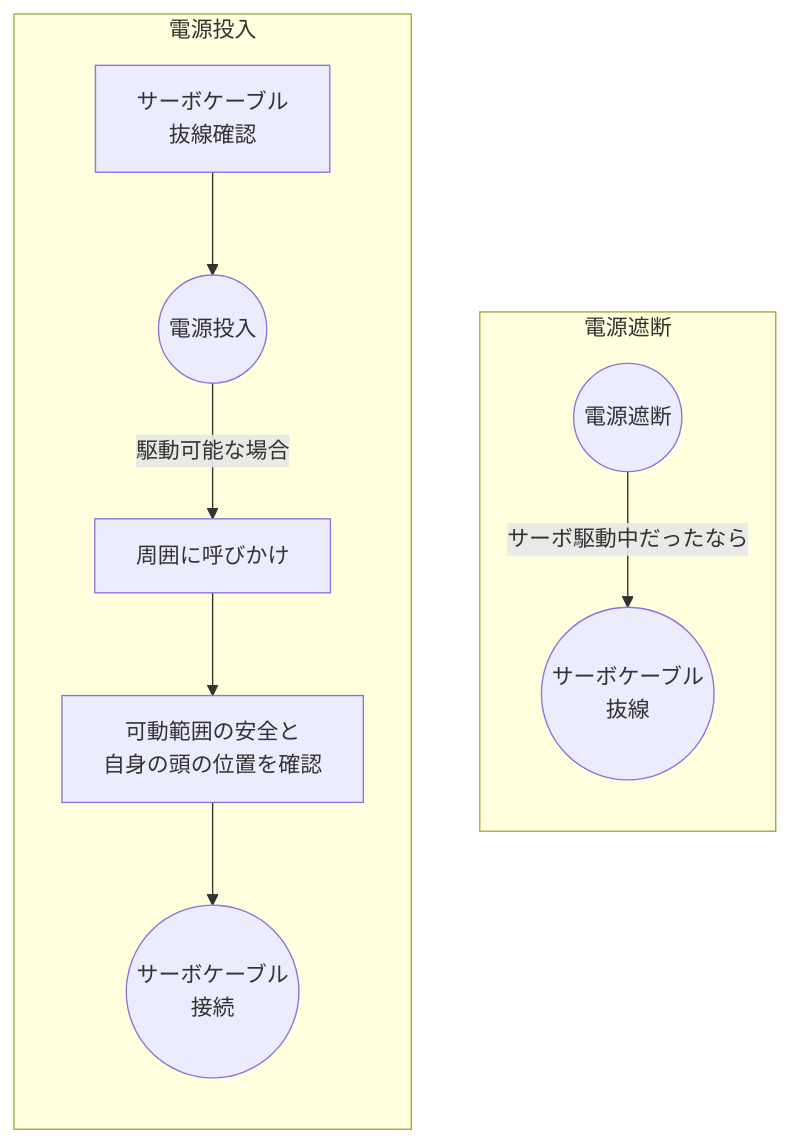
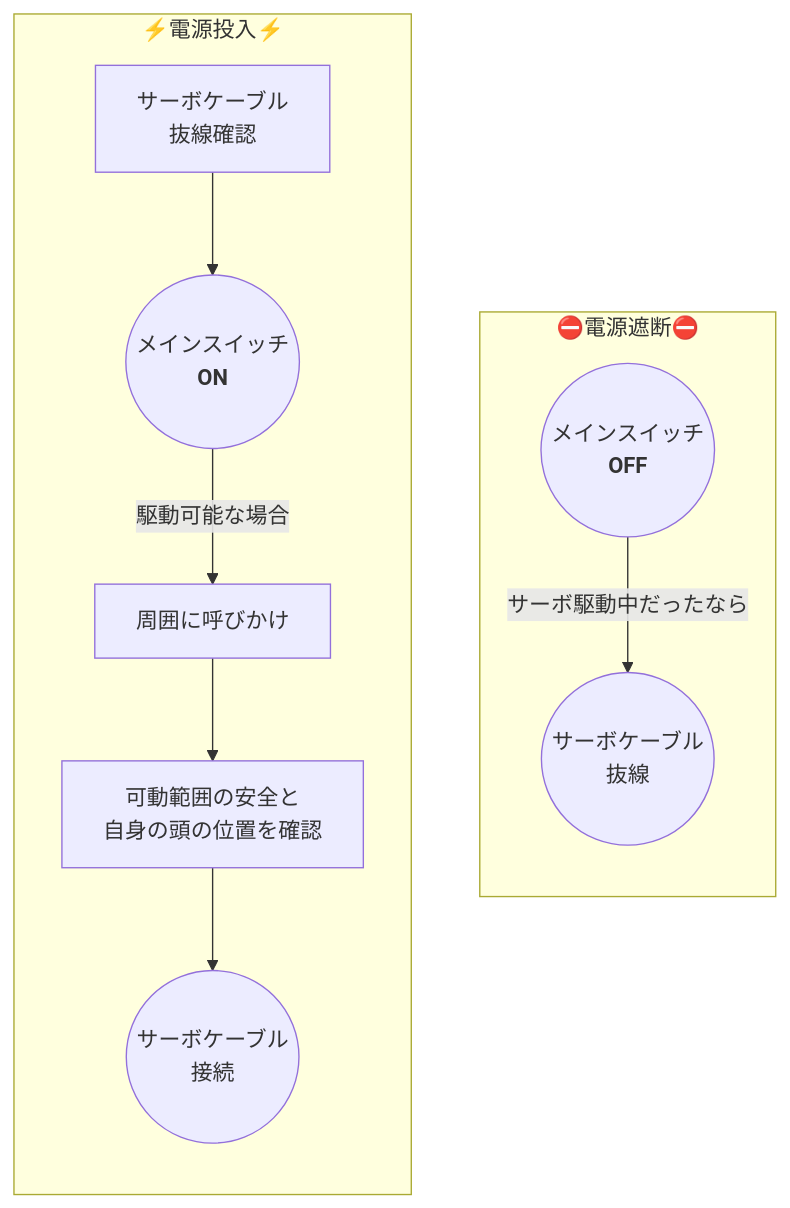
The fourth of 5 diagrams in docs/works/2026-avionics.md (torica-org/electronics-blog), drawn with Mermaid before and after one commit. The commit also changed other lines of this file, not shown here.

```diff
--- a/docs/works/2026-avionics.md
+++ b/docs/works/2026-avionics.md
@@ -215,22 +215,22 @@
 <pre class="mermaid" style="background-color:white;">
 flowchart LR
     servoNCCheck["サーボケーブル<br>抜線確認"]
-    powerOn(("電源投入"))
+    powerOn(("メインスイッチ<br><strong>ON</strong>"))
     servoCall["周囲に呼びかけ"]
     servoSafe["可動範囲の安全と<br>自身の頭の位置を確認"]
     servoConn(("サーボケーブル<br>接続"))
 
-    subgraph on["電源投入"]
+    subgraph on["⚡️電源投入⚡️"]
         servoNCCheck --> powerOn
         powerOn -- "駆動可能な場合" --> servoCall --> servoSafe --> servoConn
     end
 
-    powerOff(("電源遮断"))
+    powerOff(("メインスイッチ<br><strong>OFF</strong>"))
     servoNC(("サーボケーブル<br>抜線"))
     
-    subgraph off["電源遮断"]
+    subgraph off["⛔️電源遮断⛔️"]
         powerOff -- "サーボ駆動中だったなら" --> servoNC
     end
 
     on ~~~ off
 </pre>
```
